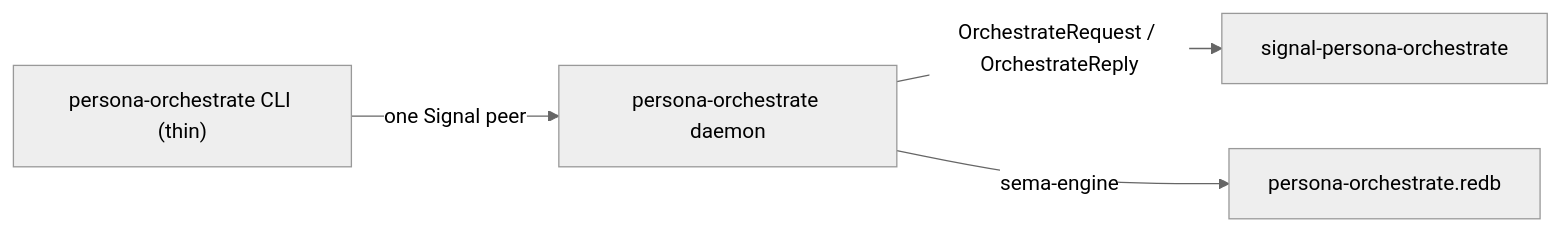
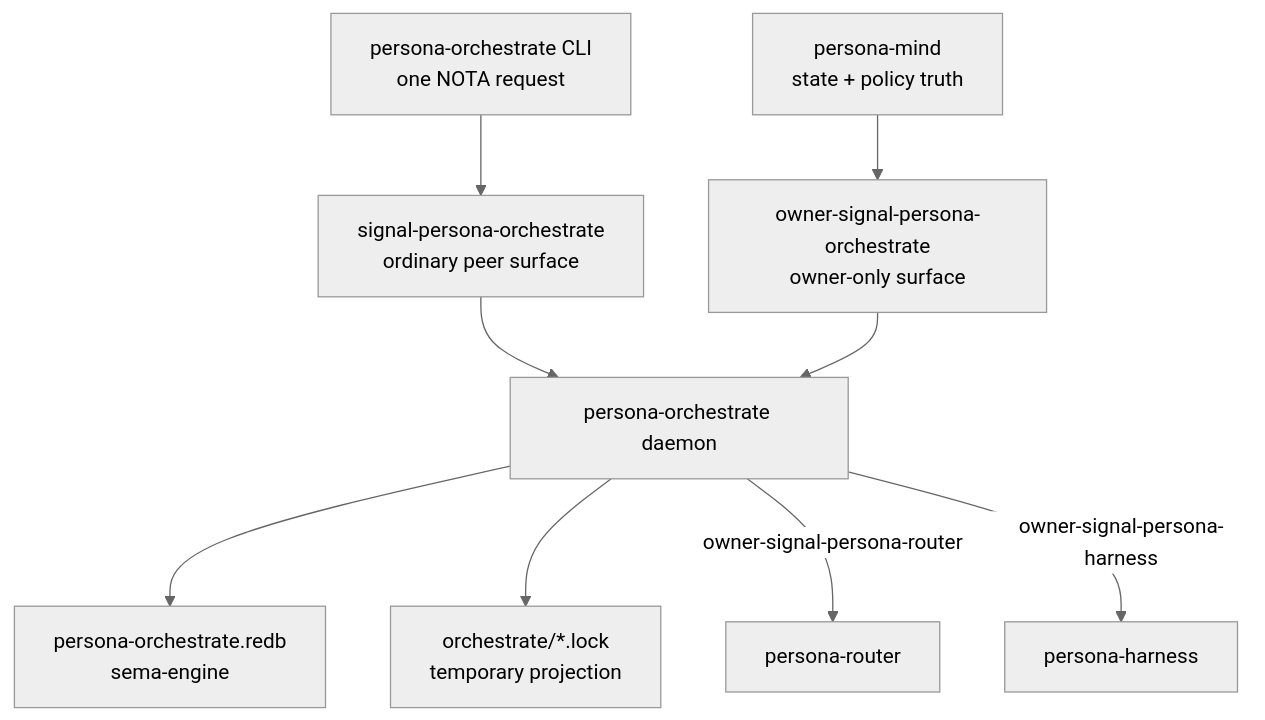
One commit to LiGoldragon/orchestrate changed the diagram in ARCHITECTURE.md. Above: the diagram before and after it, drawn with Mermaid (neutral theme). The commit also changed other lines of this file and 1 other file, not shown here.

Commit message:
docs: persona-orchestrate intent and architecture

````diff
--- a/ARCHITECTURE.md
+++ b/ARCHITECTURE.md
@@ -28,11 +32,21 @@
 ```mermaid
-flowchart LR
-    cli["persona-orchestrate CLI (thin)"]
+flowchart TB
+    mind["persona-mind<br/>state + policy truth"]
+    cli["persona-orchestrate CLI<br/>one NOTA request"]
     daemon["persona-orchestrate daemon"]
-    store["persona-orchestrate.redb"]
-    contract["signal-persona-orchestrate"]
+    ordinary["signal-persona-orchestrate<br/>ordinary peer surface"]
+    owner["owner-signal-persona-orchestrate<br/>owner-only surface"]
+    store["persona-orchestrate.redb<br/>sema-engine"]
+    router["persona-router"]
+    harness["persona-harness"]
+    locks["orchestrate/*.lock<br/>temporary projection"]
 
-    cli -->|"one Signal peer"| daemon
-    daemon -->|"OrchestrateRequest / OrchestrateReply"| contract
-    daemon -->|"sema-engine"| store
+    cli --> ordinary
+    ordinary --> daemon
+    mind --> owner
+    owner --> daemon
+    daemon --> store
+    daemon --> locks
+    daemon -- "owner-signal-persona-router" --> router
+    daemon -- "owner-signal-persona-harness" --> harness
 ```
````
